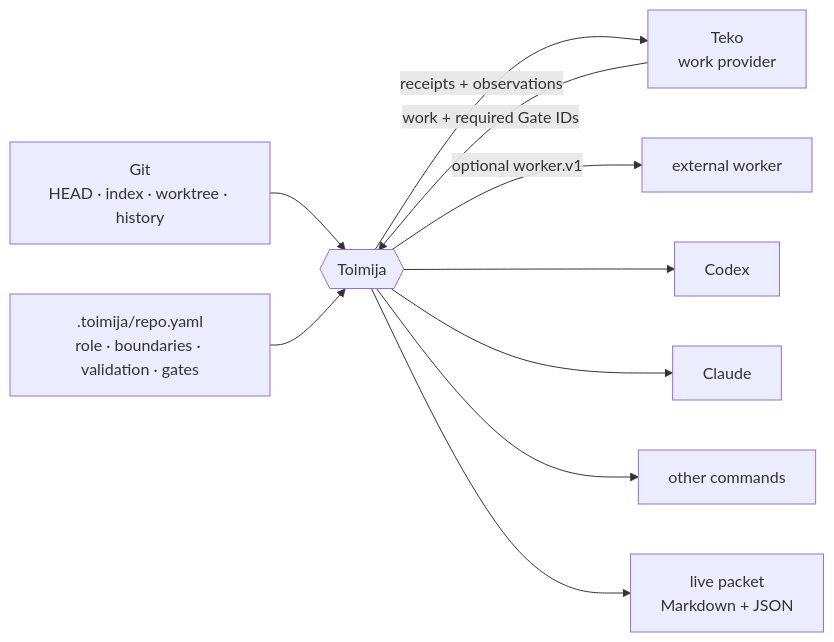
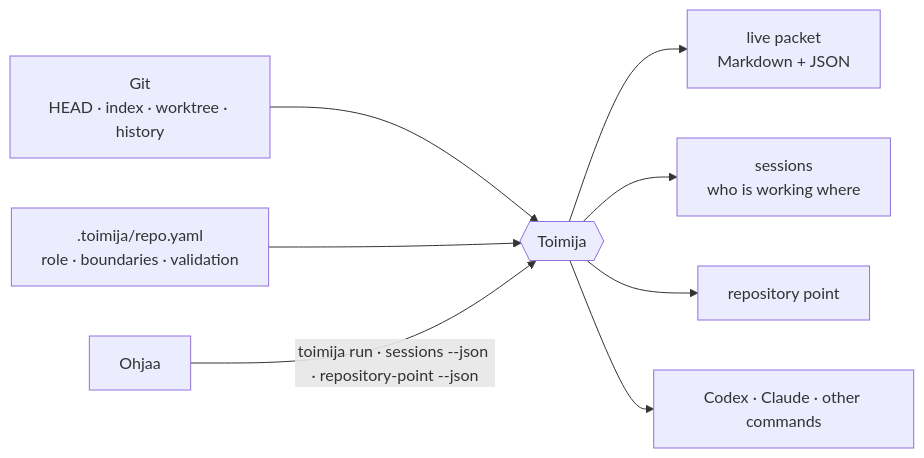
One commit to false-systems/toimija changed the first of 2 diagrams in README.md. Above: the diagram before and after it, drawn with Mermaid. The commit also changed other lines of this file and 6 other files, not shown here.

````diff
--- a/README.md
+++ b/README.md
@@ -29,12 +37,10 @@
 ```mermaid
 flowchart LR
     G["Git<br/>HEAD · index · worktree · history"] --> T{{"Toimija"}}
-    R[".toimija/repo.yaml<br/>role · boundaries · validation · gates"] --> T
-    W["Teko<br/>work provider"] -- "work + required Gate IDs" --> T
-    T -- "receipts + observations" --> W
-    T -- "optional worker.v1" --> E["external worker"]
-    T --> C["Codex"]
-    T --> A["Claude"]
-    T --> X["other commands"]
+    R[".toimija/repo.yaml<br/>role · boundaries · validation"] --> T
     T --> P["live packet<br/>Markdown + JSON"]
+    T --> S["sessions<br/>who is working where"]
+    T --> Q["repository point"]
+    T --> C["Codex · Claude · other commands"]
+    O["Ohjaa"] -- "toimija run · sessions --json · repository-point --json" --> T
 ```
````
